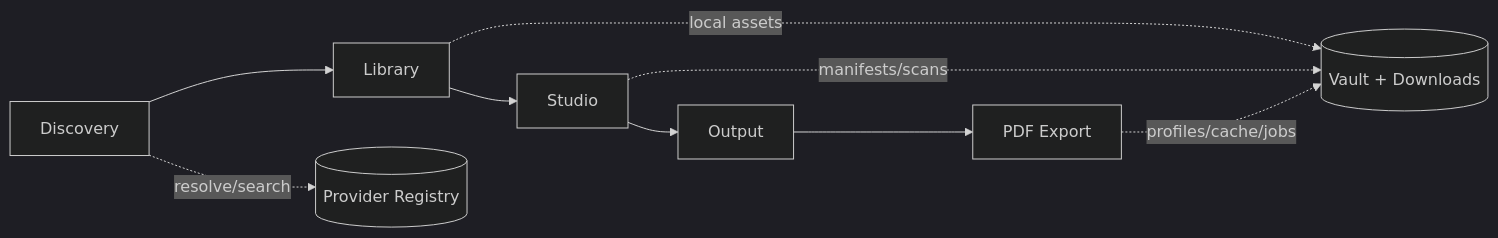
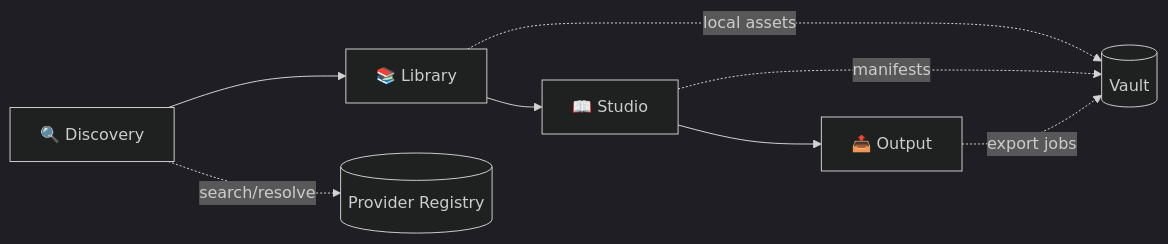
The diagram in README.md (nikazzio/universal-iiif-studio), drawn with Mermaid (dark theme) before and after one commit. The commit also changed other lines of this file and 1 other file, not shown here.

````diff
--- a/README.md
+++ b/README.md
@@ -44,12 +42,11 @@
 ```mermaid
 flowchart LR
-    A[Discovery] --> B[Library]
-    B --> C[Studio]
-    C --> D[Output]
-    D --> E[PDF Export]
+    A[🔍 Discovery] --> B[📚 Library]
+    B --> C[📖 Studio]
+    C --> D[📤 Output]
 
-    A -. resolve/search .-> X[(Provider Registry)]
-    B -. local assets .-> Y[(Vault + Downloads)]
-    C -. manifests/scans .-> Y
-    E -. profiles/cache/jobs .-> Y
+    A -. search/resolve .-> R[(Provider Registry)]
+    B -. local assets .-> V[(Vault)]
+    C -. manifests .-> V
+    D -. export jobs .-> V
 ```
````
